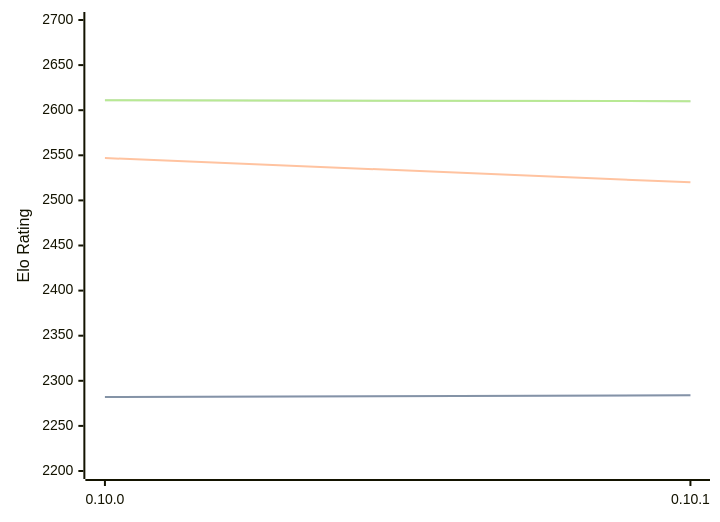
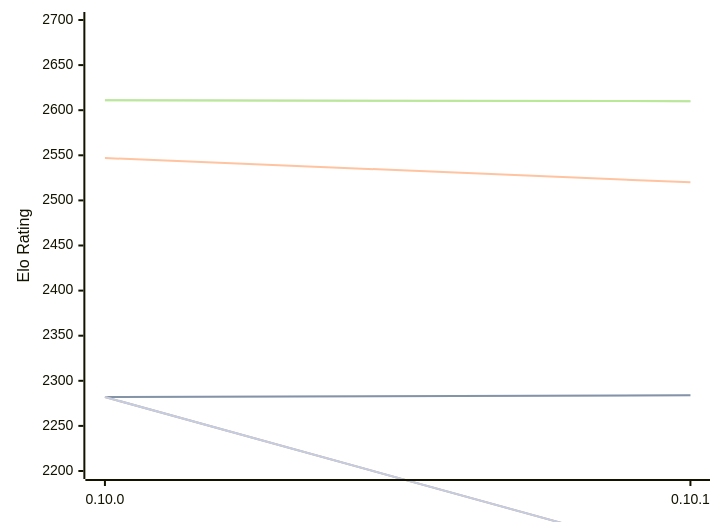
The diagram in engines/Fatalii.md (computer-chess-index/cci), drawn with Mermaid before and after one commit. The commit also changed other lines of this file, not shown here.

Commit message:
Update CCI Ratings (ELO VLTC) - 2026-10-11

````diff
--- a/engines/Fatalii.md
+++ b/engines/Fatalii.md
@@ -48,16 +48,13 @@
 ```mermaid
 %%{init: {"theme":"base","themeVariables":{"seriesColors:['#a3a3a3','#222221','#faa371']}}}%%
 xychart-beta
   x-axis ["0.10.0", "0.10.1"]
   y-axis "Elo Rating" 2200 --> 2700
   line "" [2282, 2284]
   line "T1: STC (8.0+0.08s)" [2282, 2284]
   line "T1: LTC (60.0+0.60s)" [2547, 2520]
   line "" [2611, 2610]
   line "T1: VLTC (2m24s+1.12s)" [2611, 2610]
-  line "" [2094]
-  line "E1: STC (8.0+0.08s)" [2094]
-  line "E1: LTC (60.0+0.60s)" [2380]
-  line "" [2546]
-  line "E1: VLTC (2m24s+1.12s)" [2546]
+  line "" [2282,2103]
+  line "E1: STC (8.0+0.08s)" [2282,2103]
 ```
````
